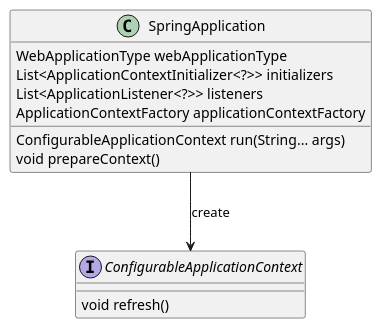
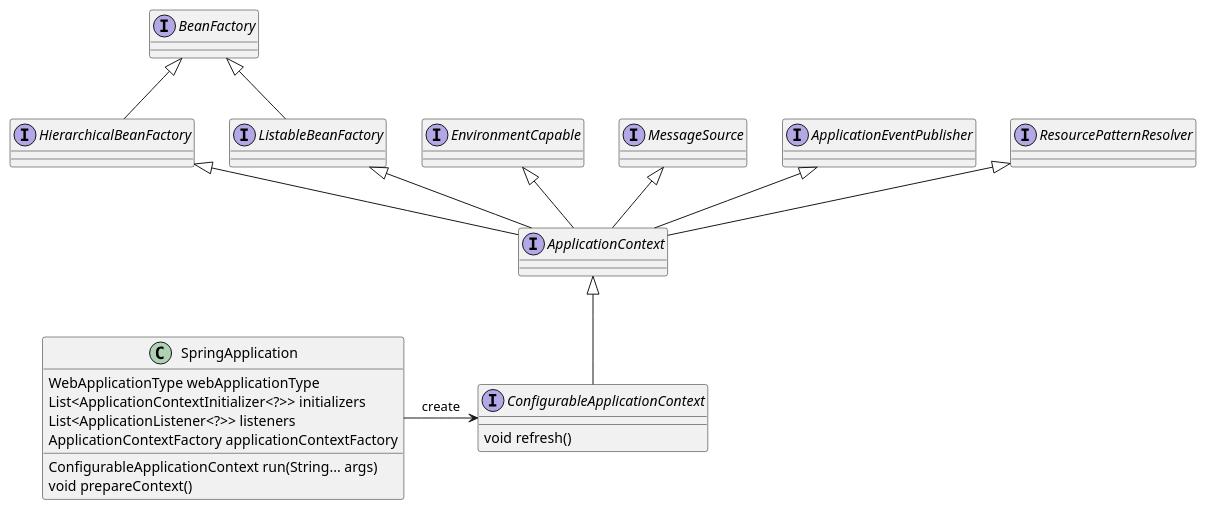
Before and after one commit to kevinwang930/kevinwang930.github.io: the second of 2 diagrams in content/post/spring-boot.md, drawn with PlantUML. The commit also changed other lines of this file and 3 other files, not shown here.

````diff
--- a/content/post/spring-boot.md
+++ b/content/post/spring-boot.md
@@ -12,17 +79,20 @@
 ```plantuml
+interface BeanFactory
+interface HierarchicalBeanFactory extends BeanFactory
+interface ListableBeanFactory extends BeanFactory
+interface ApplicationContext extends EnvironmentCapable, ListableBeanFactory, HierarchicalBeanFactory,MessageSource, ApplicationEventPublisher, ResourcePatternResolver
+
 class SpringApplication {
     WebApplicationType webApplicationType
     List<ApplicationContextInitializer<?>> initializers
     List<ApplicationListener<?>> listeners
     ApplicationContextFactory applicationContextFactory
     ConfigurableApplicationContext run(String... args)
     void prepareContext()
 }
-
-interface ConfigurableApplicationContext {
+interface ConfigurableApplicationContext extends ApplicationContext {
     void refresh()
 }
 
-SpringApplication --> ConfigurableApplicationContext:create
-
+SpringApplication -right-> ConfigurableApplicationContext:create
 ```
````
